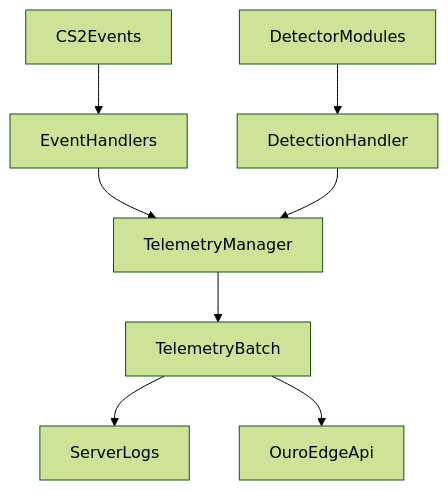
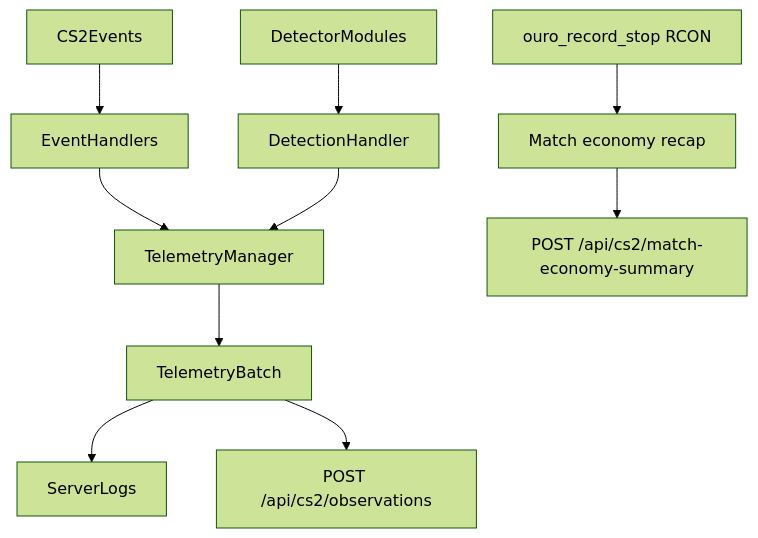
Before and after one commit to itamararjuan/cs2-anticheat: the diagram in docs/telemetry-architecture.md, drawn with Mermaid (forest theme). The commit also changed other lines of this file and 13 other files, not shown here.

````diff
--- a/docs/telemetry-architecture.md
+++ b/docs/telemetry-architecture.md
@@ -7,10 +7,12 @@
 ```mermaid
 flowchart TD
     cs2Events[CS2Events] --> eventHandlers[EventHandlers]
     detectorModules[DetectorModules] --> detectionHandler[DetectionHandler]
     eventHandlers --> telemetryManager[TelemetryManager]
     detectionHandler --> telemetryManager
     telemetryManager --> batchBuilder[TelemetryBatch]
     batchBuilder --> logs[ServerLogs]
-    batchBuilder --> ouroEdge[OuroEdgeApi]
+    batchBuilder --> ouroEdge[POST /api/cs2/observations]
+    ouroRecordStop[ouro_record_stop RCON] --> recapBuilder[Match economy recap]
+    recapBuilder --> recapApi[POST /api/cs2/match-economy-summary]
 ```
````
